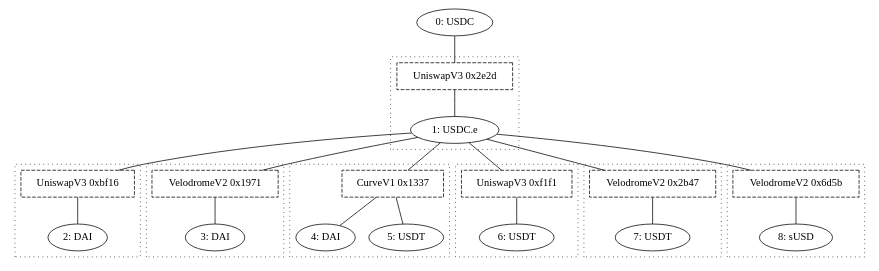
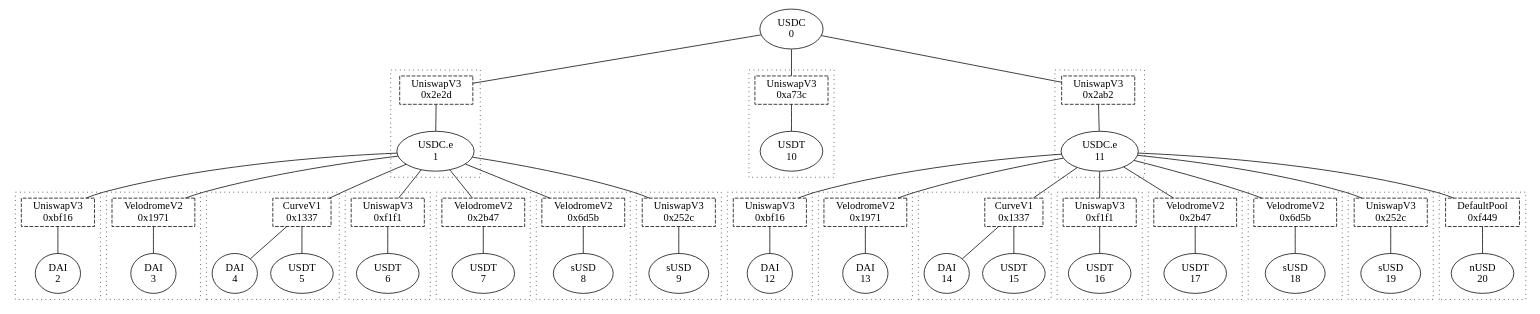
Before and after one commit to synapsecns/synapse-contracts: the diagram in script/configs/optimism/LinkedPool.CCTP.USDC.dot, drawn with Graphviz. The commit also changed 19 other files, not shown here.

```diff
--- a/script/configs/optimism/LinkedPool.CCTP.USDC.dot
+++ b/script/configs/optimism/LinkedPool.CCTP.USDC.dot
@@ -1,14 +1,26 @@
 graph G {
-    token0 [label = "0: USDC";];
-    token1 [label = "1: USDC.e";];
-    token2 [label = "2: DAI";];
-    token3 [label = "3: DAI";];
-    token4 [label = "4: DAI";];
-    token5 [label = "5: USDT";];
-    token6 [label = "6: USDT";];
-    token7 [label = "7: USDT";];
-    token8 [label = "8: sUSD";];
-    pool0 [label = "UniswapV3 0x2e2d";shape = rect;style = dashed;];
+    token0 [label = "USDC\n0";];
+    token1 [label = "USDC.e\n1";];
+    token2 [label = "DAI\n2";];
+    token3 [label = "DAI\n3";];
+    token4 [label = "DAI\n4";];
+    token5 [label = "USDT\n5";];
+    token6 [label = "USDT\n6";];
+    token7 [label = "USDT\n7";];
+    token8 [label = "sUSD\n8";];
+    token9 [label = "sUSD\n9";];
+    token10 [label = "USDT\n10";];
+    token11 [label = "USDC.e\n11";];
+    token12 [label = "DAI\n12";];
+    token13 [label = "DAI\n13";];
+    token14 [label = "DAI\n14";];
+    token15 [label = "USDT\n15";];
+    token16 [label = "USDT\n16";];
+    token17 [label = "USDT\n17";];
+    token18 [label = "sUSD\n18";];
+    token19 [label = "sUSD\n19";];
+    token20 [label = "nUSD\n20";];
+    pool0 [label = "UniswapV3\n0x2e2d";shape = rect;style = dashed;];
     token0 -- pool0;
     subgraph cluster0 {
         style = dotted;
@@ -19,7 +31,7 @@
             token1;
         }
     }
-    pool1 [label = "UniswapV3 0xbf16";shape = rect;style = dashed;];
+    pool1 [label = "UniswapV3\n0xbf16";shape = rect;style = dashed;];
     token1 -- pool1;
     subgraph cluster1 {
         style = dotted;
@@ -30,7 +42,7 @@
             token2;
         }
     }
-    pool2 [label = "VelodromeV2 0x1971";shape = rect;style = dashed;];
+    pool2 [label = "VelodromeV2\n0x1971";shape = rect;style = dashed;];
     token1 -- pool2;
     subgraph cluster2 {
         style = dotted;
@@ -41,7 +53,7 @@
             token3;
         }
     }
-    pool3 [label = "CurveV1 0x1337";shape = rect;style = dashed;];
+    pool3 [label = "CurveV1\n0x1337";shape = rect;style = dashed;];
     token1 -- pool3;
     subgraph cluster3 {
         style = dotted;
@@ -53,7 +65,7 @@
             token4 -- token5;
         }
     }
-    pool4 [label = "UniswapV3 0xf1f1";shape = rect;style = dashed;];
+    pool4 [label = "UniswapV3\n0xf1f1";shape = rect;style = dashed;];
     token1 -- pool4;
     subgraph cluster4 {
         style = dotted;
@@ -64,7 +76,7 @@
             token6;
         }
     }
-    pool5 [label = "VelodromeV2 0x2b47";shape = rect;style = dashed;];
+    pool5 [label = "VelodromeV2\n0x2b47";shape = rect;style = dashed;];
     token1 -- pool5;
     subgraph cluster5 {
         style = dotted;
@@ -75,7 +87,7 @@
             token7;
         }
     }
-    pool6 [label = "VelodromeV2 0x6d5b";shape = rect;style = dashed;];
+    pool6 [label = "VelodromeV2\n0x6d5b";shape = rect;style = dashed;];
     token1 -- pool6;
     subgraph cluster6 {
         style = dotted;
@@ -86,4 +98,126 @@
             token8;
         }
     }
+    pool7 [label = "UniswapV3\n0x252c";shape = rect;style = dashed;];
+    token1 -- pool7;
+    subgraph cluster7 {
+        style = dotted;
+        pool7 -- token9;
+        subgraph {
+            rank = same;
+            edge [style = invis;];
+            token9;
+        }
+    }
+    pool8 [label = "UniswapV3\n0xa73c";shape = rect;style = dashed;];
+    token0 -- pool8;
+    subgraph cluster8 {
+        style = dotted;
+        pool8 -- token10;
+        subgraph {
+            rank = same;
+            edge [style = invis;];
+            token10;
+        }
+    }
+    pool9 [label = "UniswapV3\n0x2ab2";shape = rect;style = dashed;];
+    token0 -- pool9;
+    subgraph cluster9 {
+        style = dotted;
+        pool9 -- token11;
+        subgraph {
+            rank = same;
+            edge [style = invis;];
+            token11;
+        }
+    }
+    pool10 [label = "UniswapV3\n0xbf16";shape = rect;style = dashed;];
+    token11 -- pool10;
+    subgraph cluster10 {
+        style = dotted;
+        pool10 -- token12;
+        subgraph {
+            rank = same;
+            edge [style = invis;];
+            token12;
+        }
+    }
+    pool11 [label = "VelodromeV2\n0x1971";shape = rect;style = dashed;];
+    token11 -- pool11;
+    subgraph cluster11 {
+        style = dotted;
+        pool11 -- token13;
+        subgraph {
+            rank = same;
+            edge [style = invis;];
+            token13;
+        }
+    }
+    pool12 [label = "CurveV1\n0x1337";shape = rect;style = dashed;];
+    token11 -- pool12;
+    subgraph cluster12 {
+        style = dotted;
+        pool12 -- token14;
+        pool12 -- token15;
+        subgraph {
+            rank = same;
+            edge [style = invis;];
+            token14 -- token15;
+        }
+    }
+    pool13 [label = "UniswapV3\n0xf1f1";shape = rect;style = dashed;];
+    token11 -- pool13;
+    subgraph cluster13 {
+        style = dotted;
+        pool13 -- token16;
+        subgraph {
+            rank = same;
+            edge [style = invis;];
+            token16;
+        }
+    }
+    pool14 [label = "VelodromeV2\n0x2b47";shape = rect;style = dashed;];
+    token11 -- pool14;
+    subgraph cluster14 {
+        style = dotted;
+        pool14 -- token17;
+        subgraph {
+            rank = same;
+            edge [style = invis;];
+            token17;
+        }
+    }
+    pool15 [label = "VelodromeV2\n0x6d5b";shape = rect;style = dashed;];
+    token11 -- pool15;
+    subgraph cluster15 {
+        style = dotted;
+        pool15 -- token18;
+        subgraph {
+            rank = same;
+            edge [style = invis;];
+            token18;
+        }
+    }
+    pool16 [label = "UniswapV3\n0x252c";shape = rect;style = dashed;];
+    token11 -- pool16;
+    subgraph cluster16 {
+        style = dotted;
+        pool16 -- token19;
+        subgraph {
+            rank = same;
+            edge [style = invis;];
+            token19;
+        }
+    }
+    pool17 [label = "DefaultPool\n0xf449";shape = rect;style = dashed;];
+    token11 -- pool17;
+    subgraph cluster17 {
+        style = dotted;
+        pool17 -- token20;
+        subgraph {
+            rank = same;
+            edge [style = invis;];
+            token20;
+        }
+    }
 }
```
